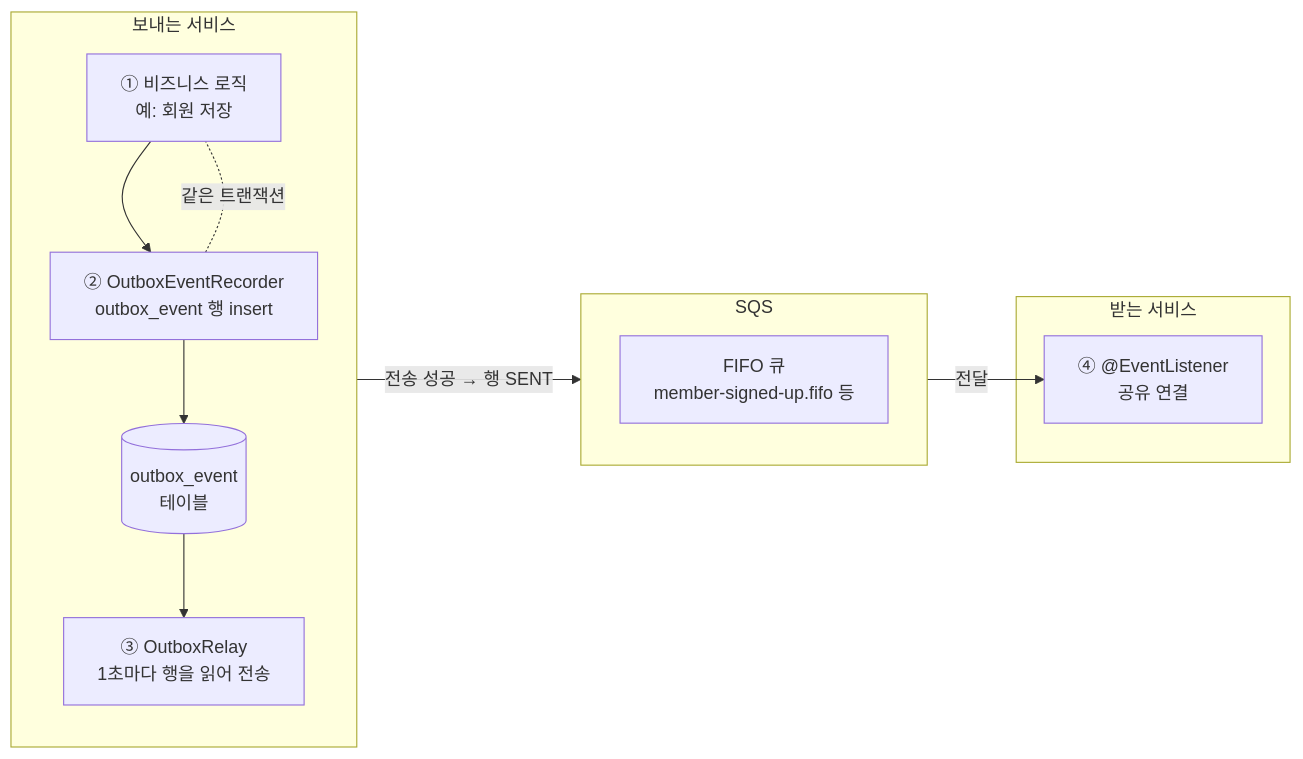
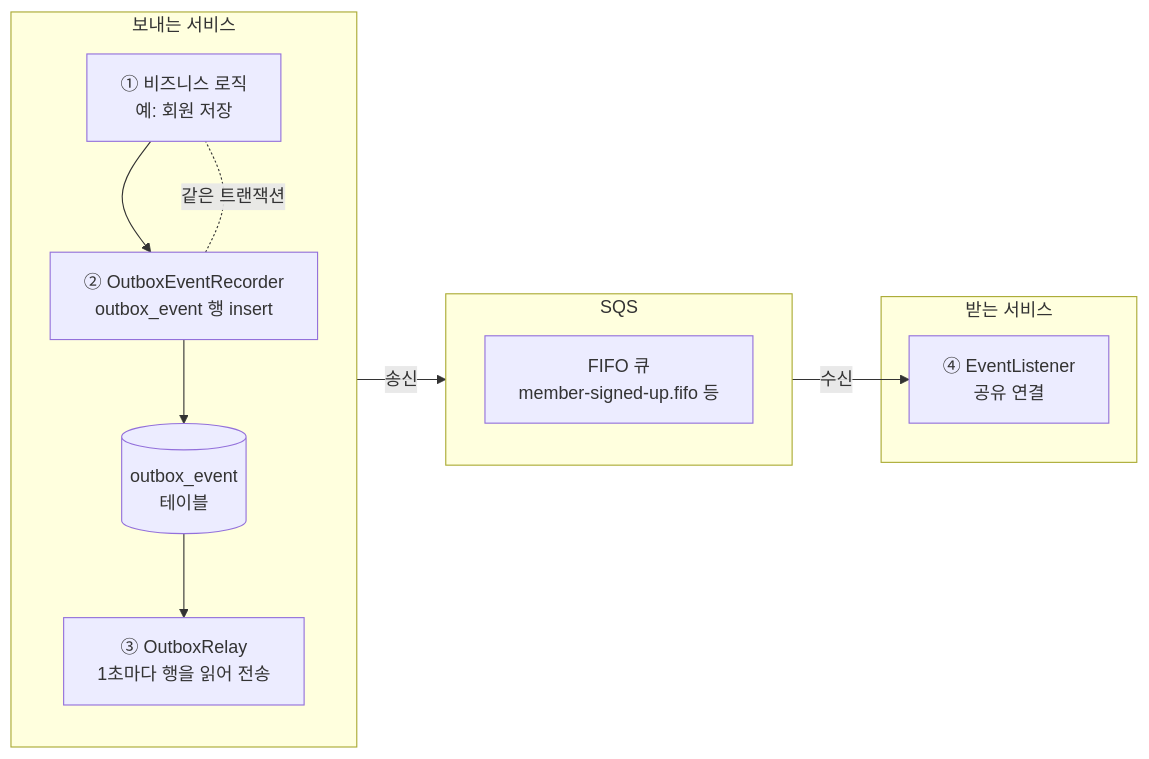
Before and after one commit to rivertw777/ModuDrive-API: the first of 4 diagrams in .docs/spec/messaging-spec.md, drawn with Mermaid.

Commit message:
docs: simplify messaging flow labels

````diff
--- a/.docs/spec/messaging-spec.md
+++ b/.docs/spec/messaging-spec.md
@@ -16,23 +16,23 @@
 ```mermaid
 flowchart LR
     subgraph P["보내는 서비스"]
         direction TB
         A["① 비즈니스 로직<br/>예: 회원 저장"] --> B["② OutboxEventRecorder<br/>outbox_event 행 insert"]
         B -. 같은 트랜잭션 .- A
         C["③ OutboxRelay<br/>1초마다 행을 읽어 전송"]
         B --> DB[("outbox_event<br/>테이블")]
         DB --> C
     end
 
     subgraph Q["SQS"]
         direction TB
         MQ["FIFO 큐<br/>member-signed-up.fifo 등"]
     end
 
     subgraph R["받는 서비스"]
-        L["④ @EventListener<br/>공유 연결"]
+        L["④ EventListener<br/>공유 연결"]
     end
 
-    C -- "전송 성공 → 행 SENT" --> MQ
-    MQ -- "전달" --> L
+    C -- "송신" --> MQ
+    MQ -- "수신" --> L
 ```
````
